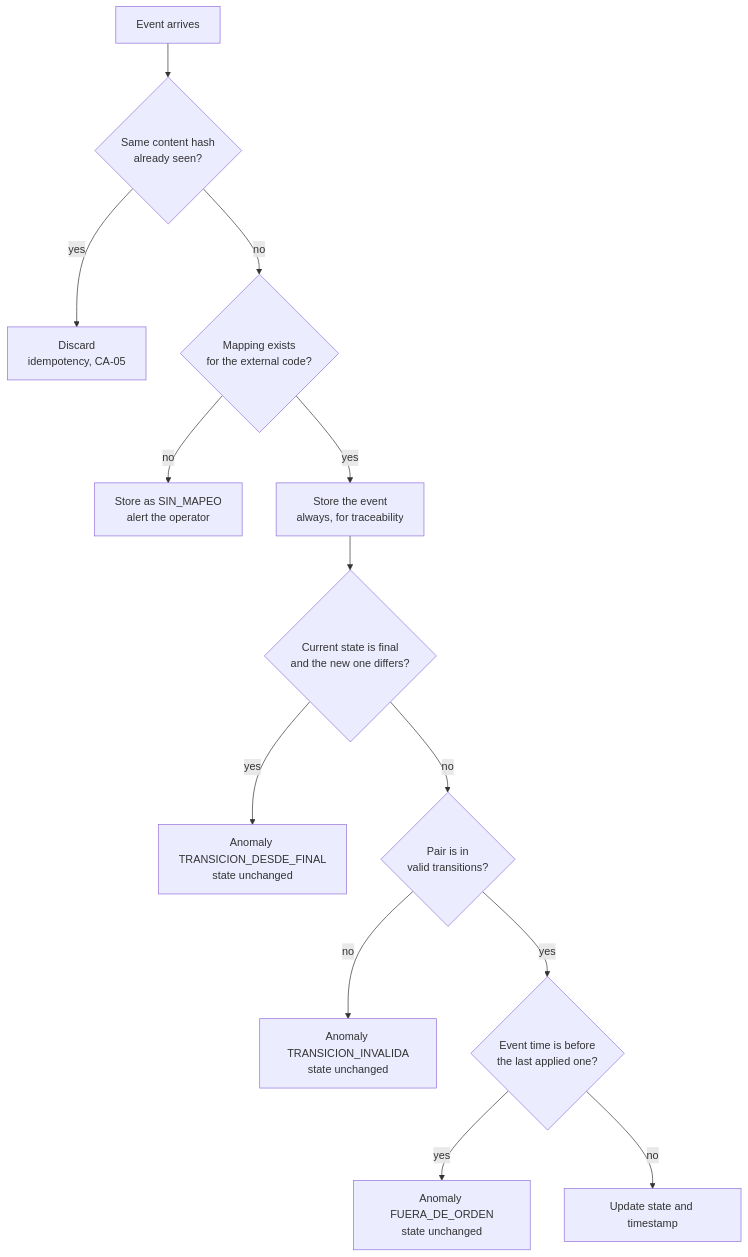
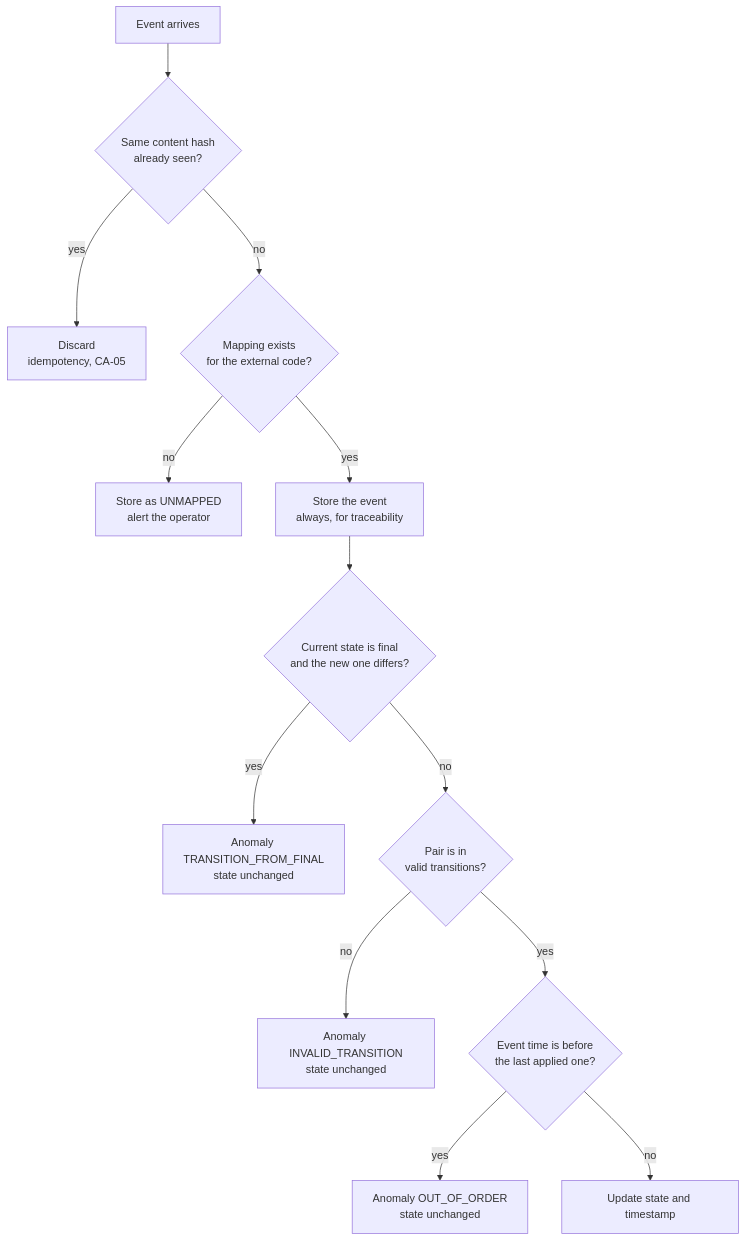
One commit to cargaexpress/cargaexpress changed the second of 2 diagrams in docs/sprint-1/canonical-states.md. Above: the diagram before and after it, drawn with Mermaid. The commit also changed other lines of this file, not shown here.

````diff
--- a/docs/sprint-1/canonical-states.md
+++ b/docs/sprint-1/canonical-states.md
@@ -162,15 +161,15 @@
 ```mermaid
 flowchart TD
     A[Event arrives] --> B{Same content hash<br/>already seen?}
     B -- yes --> B1[Discard<br/>idempotency, CA-05]
     B -- no --> C{Mapping exists<br/>for the external code?}
-    C -- no --> C1[Store as SIN_MAPEO<br/>alert the operator]
+    C -- no --> C1[Store as UNMAPPED<br/>alert the operator]
     C -- yes --> D[Store the event<br/>always, for traceability]
     D --> E{Current state is final<br/>and the new one differs?}
-    E -- yes --> E1[Anomaly TRANSICION_DESDE_FINAL<br/>state unchanged]
+    E -- yes --> E1[Anomaly TRANSITION_FROM_FINAL<br/>state unchanged]
     E -- no --> F{Pair is in<br/>valid transitions?}
-    F -- no --> F1[Anomaly TRANSICION_INVALIDA<br/>state unchanged]
+    F -- no --> F1[Anomaly INVALID_TRANSITION<br/>state unchanged]
     F -- yes --> G{Event time is before<br/>the last applied one?}
-    G -- yes --> G1[Anomaly FUERA_DE_ORDEN<br/>state unchanged]
+    G -- yes --> G1[Anomaly OUT_OF_ORDER<br/>state unchanged]
     G -- no --> H[Update state and timestamp]
 ```
````
